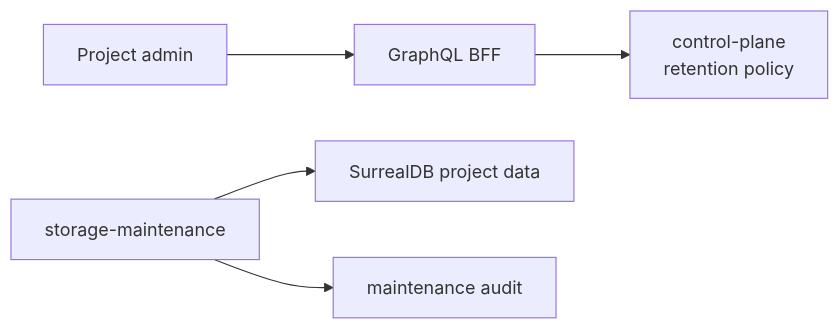
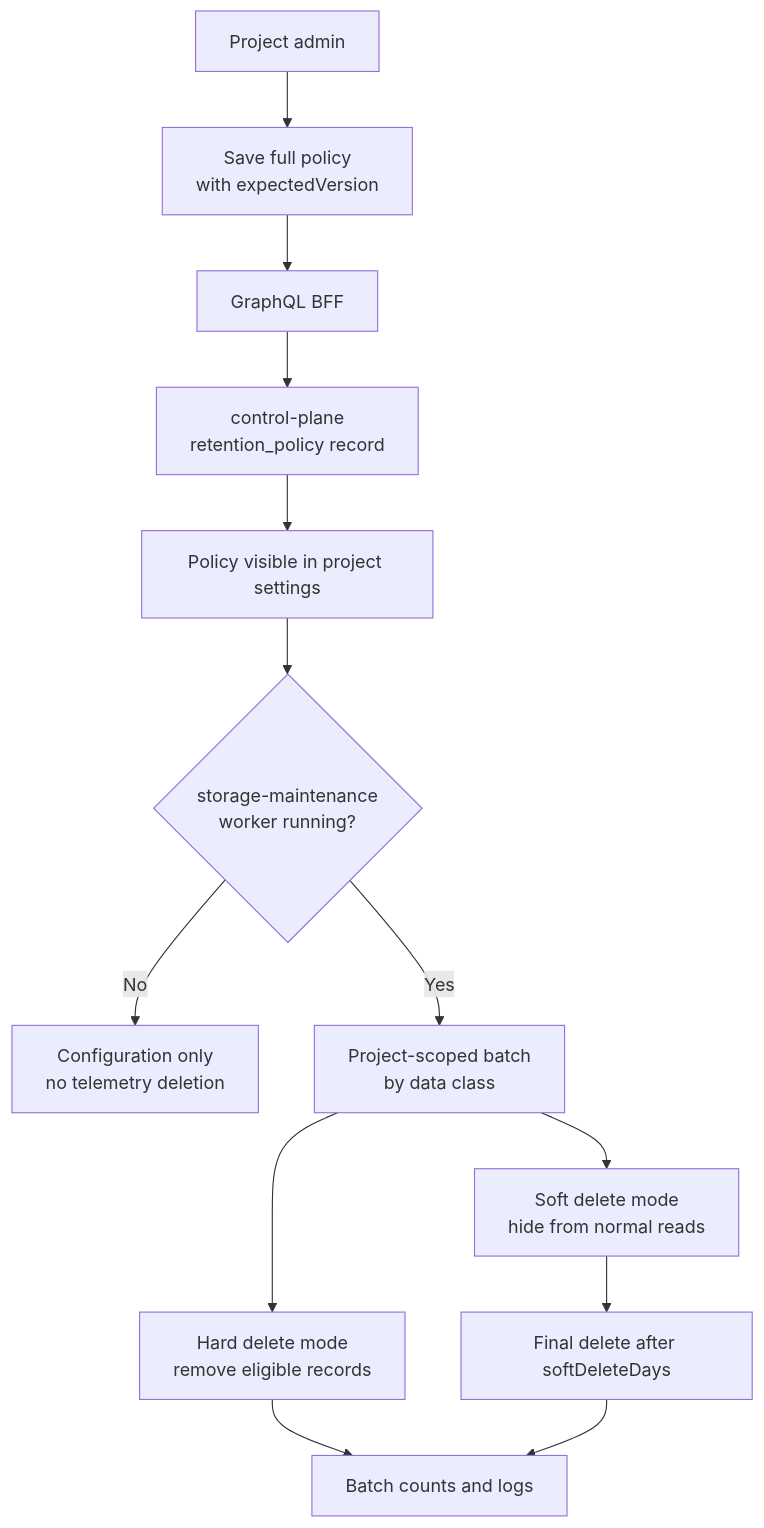
Before and after one commit to cloudgrid/cloudgrid: the diagram in docs/operations/retention.md, drawn with Mermaid. The commit also changed other lines of this file and 86 other files, not shown here.

````diff
--- a/docs/operations/retention.md
+++ b/docs/operations/retention.md
@@ -28,7 +28,15 @@
 ```mermaid
-flowchart LR
-  Admin["Project admin"] --> BFF["GraphQL BFF"]
-  BFF --> Control["control-plane\nretention policy"]
-  Maintenance["storage-maintenance"] --> DB["SurrealDB project data"]
-  Maintenance --> Audit["maintenance audit"]
+flowchart TD
+  Admin["Project admin"] --> Save["Save full policy\nwith expectedVersion"]
+  Save --> BFF["GraphQL BFF"]
+  BFF --> Control["control-plane\nretention_policy record"]
+  Control --> Visible["Policy visible in project settings"]
+  Visible --> Worker{"storage-maintenance\nworker running?"}
+  Worker -->|No| ConfigOnly["Configuration only\nno telemetry deletion"]
+  Worker -->|Yes| Batch["Project-scoped batch\nby data class"]
+  Batch --> Soft["Soft delete mode\nhide from normal reads"]
+  Batch --> Hard["Hard delete mode\nremove eligible records"]
+  Soft --> Final["Final delete after softDeleteDays"]
+  Hard --> Counts["Batch counts and logs"]
+  Final --> Counts
 ```
````
